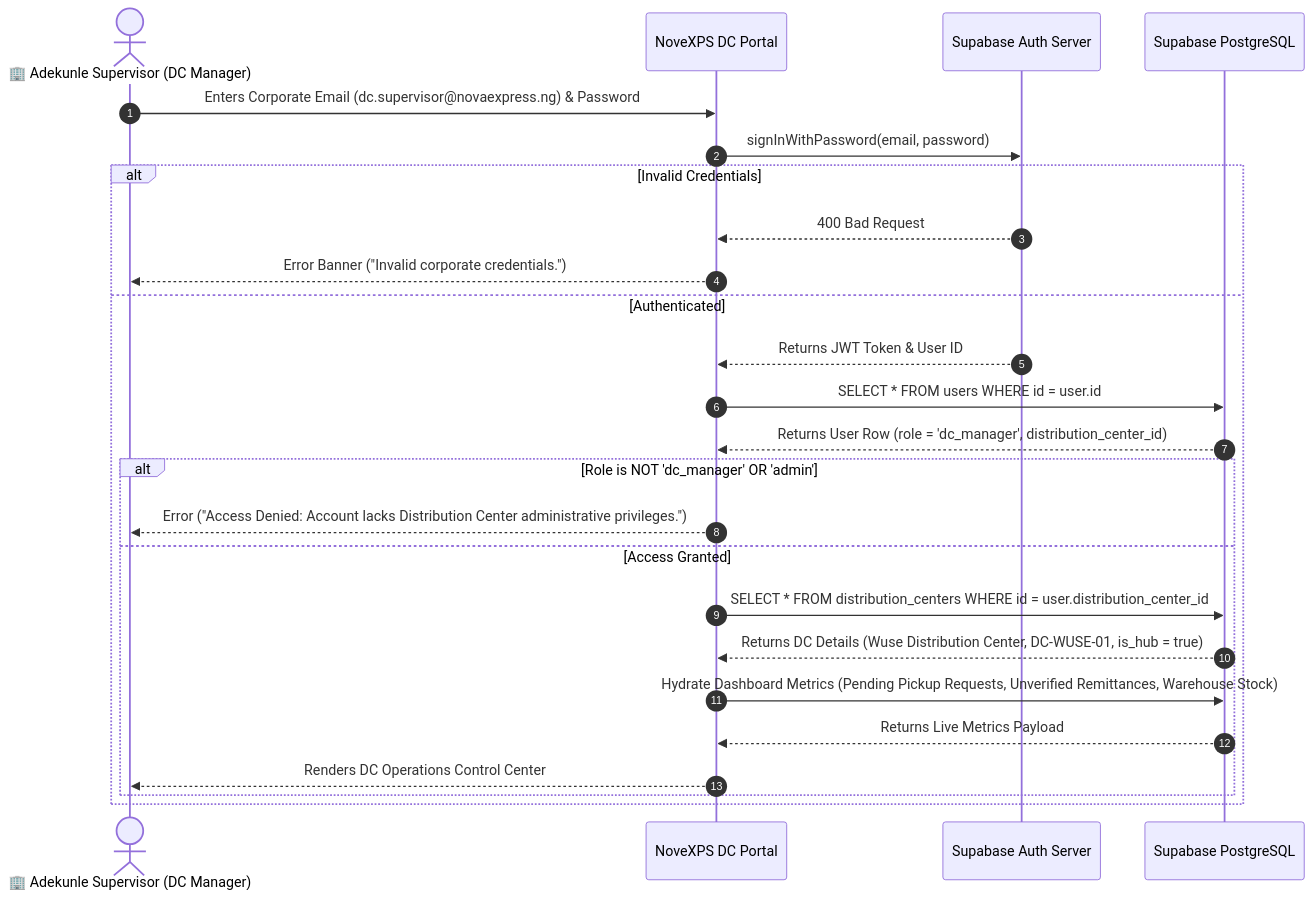
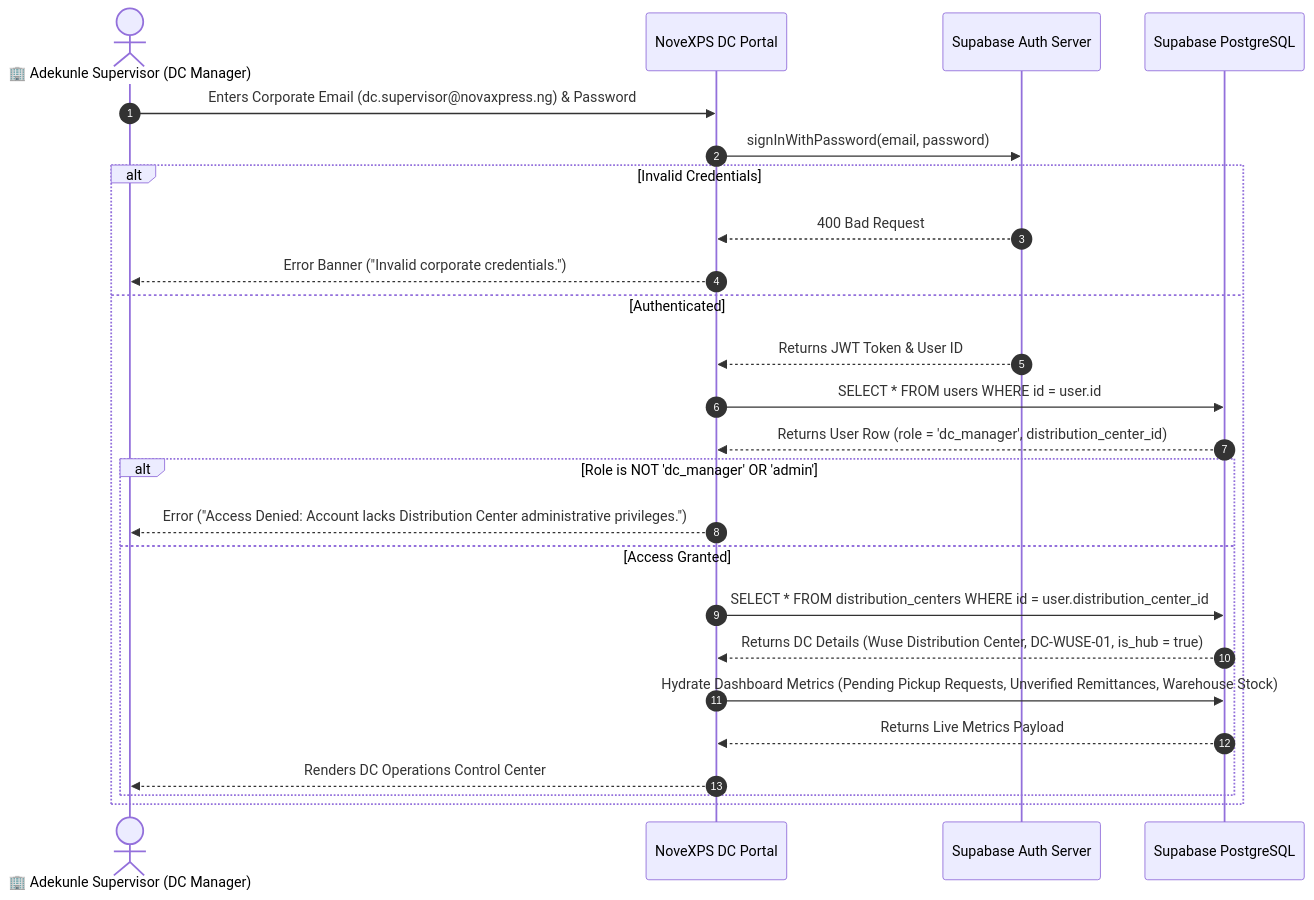
The diagram in DOCUMENTATION/DC/WORKFLOW/01_DC_AUTH_AND_ROLE_ACCESS_WORKFLOW.md (odufu/novaexpress), drawn with Mermaid before and after one commit. The commit also changed other lines of this file and 181 other files, not shown here.

````diff
--- a/DOCUMENTATION/DC/WORKFLOW/01_DC_AUTH_AND_ROLE_ACCESS_WORKFLOW.md
+++ b/DOCUMENTATION/DC/WORKFLOW/01_DC_AUTH_AND_ROLE_ACCESS_WORKFLOW.md
@@ -17,32 +17,32 @@
 ```mermaid
 sequenceDiagram
     autonumber
     actor Supervisor as 🏢 Adekunle Supervisor (DC Manager)
     participant Portal as NoveXPS DC Portal
     participant Auth as Supabase Auth Server
     participant DB as Supabase PostgreSQL
 
-    Supervisor->>Portal: Enters Corporate Email (dc.supervisor@novaexpress.ng) & Password
+    Supervisor->>Portal: Enters Corporate Email (dc.supervisor@novaxpress.ng) & Password
     Portal->>Auth: signInWithPassword(email, password)
     
     alt Invalid Credentials
         Auth-->>Portal: 400 Bad Request
         Portal-->>Supervisor: Error Banner ("Invalid corporate credentials.")
     else Authenticated
         Auth-->>Portal: Returns JWT Token & User ID
         
         Portal->>DB: SELECT * FROM users WHERE id = user.id
         DB-->>Portal: Returns User Row (role = 'dc_manager', distribution_center_id)
         
         alt Role is NOT 'dc_manager' OR 'admin'
             Portal-->>Supervisor: Error ("Access Denied: Account lacks Distribution Center administrative privileges.")
         else Access Granted
             Portal->>DB: SELECT * FROM distribution_centers WHERE id = user.distribution_center_id
             DB-->>Portal: Returns DC Details (Wuse Distribution Center, DC-WUSE-01, is_hub = true)
             
             Portal->>DB: Hydrate Dashboard Metrics (Pending Pickup Requests, Unverified Remittances, Warehouse Stock)
             DB-->>Portal: Returns Live Metrics Payload
             Portal-->>Supervisor: Renders DC Operations Control Center
         end
     end
 ```
````
